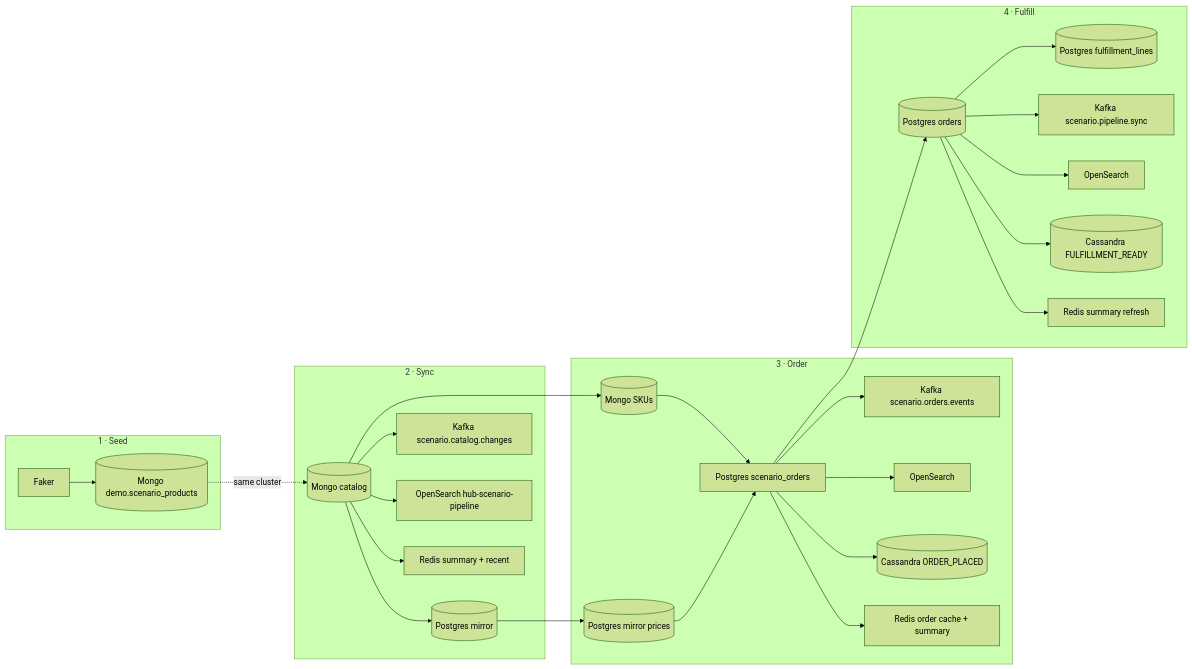
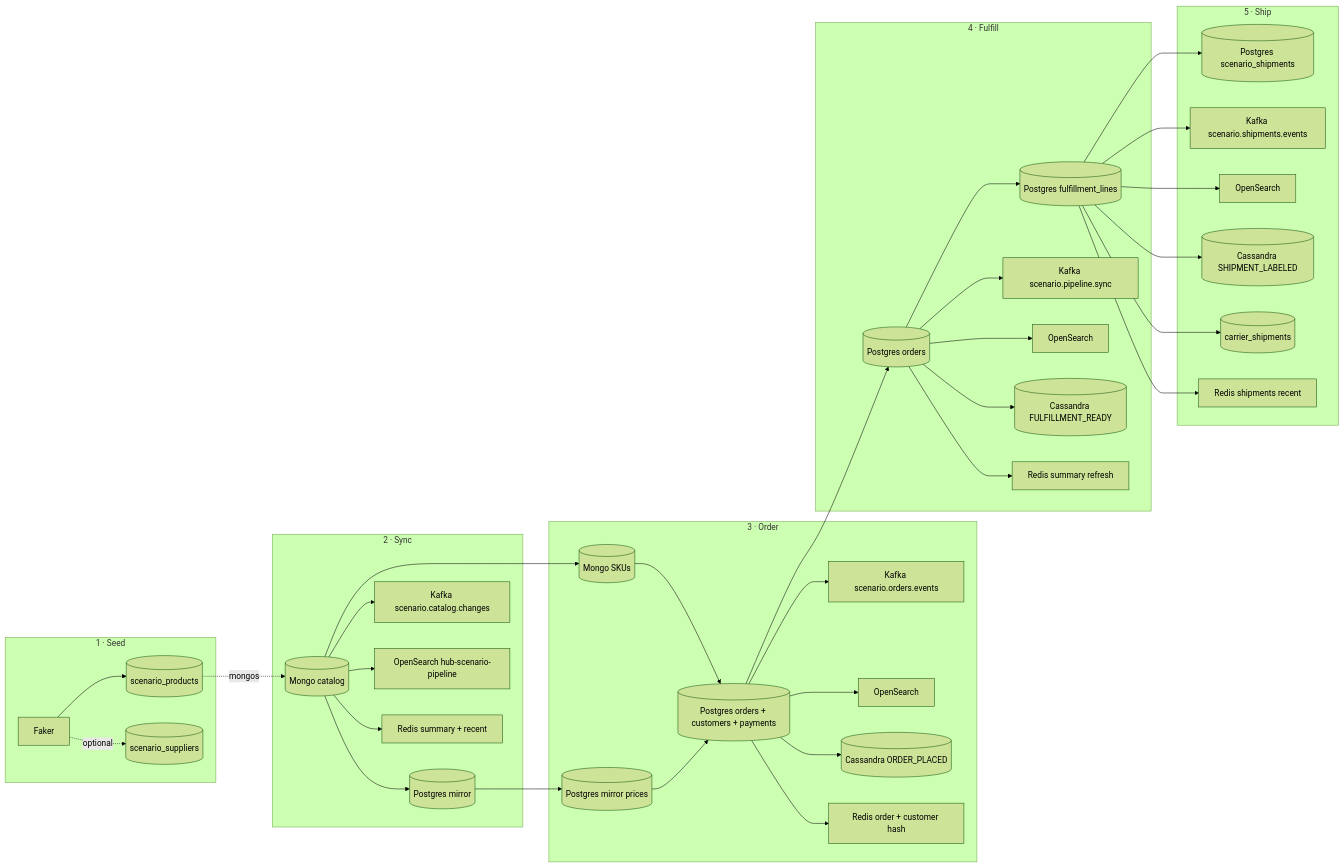
One commit to daksh17/cassandra_testing changed the first of 2 diagrams in mcac-demo-hub/dashboards/demo/deploy/docker/realtime-orders-search-hub/README-SCENARIO-FLOW.md. Above: the diagram before and after it, drawn with Mermaid (forest theme). The commit also changed other lines of this file and 12 other files, not shown here.

First line of the commit message:
demo-hub: expand multi-DB scenario (customers, payments, shipments, docs)

````diff
--- a/mcac-demo-hub/dashboards/demo/deploy/docker/realtime-orders-search-hub/README-SCENARIO-FLOW.md
+++ b/mcac-demo-hub/dashboards/demo/deploy/docker/realtime-orders-search-hub/README-SCENARIO-FLOW.md
@@ -116,35 +127,45 @@
 ```mermaid
 flowchart LR
   subgraph s1 [1 · Seed]
-    F[ Faker ] --> M[( Mongo demo.scenario_products )]
+    F[Faker] --> M[(scenario_products)]
+    F -. optional .-> SUP[(scenario_suppliers)]
   end
 
   subgraph s2 [2 · Sync]
-    M2[( Mongo catalog )] --> PG1[( Postgres mirror )]
-    M2 --> K1[ Kafka scenario.catalog.changes ]
-    M2 --> OS1[ OpenSearch hub-scenario-pipeline ]
-    M2 --> R1[ Redis summary + recent ]
+    M2[(Mongo catalog)] --> PG1[(Postgres mirror)]
+    M2 --> K1[Kafka scenario.catalog.changes]
+    M2 --> OS1[OpenSearch hub-scenario-pipeline]
+    M2 --> R1[Redis summary + recent]
   end
 
   subgraph s3 [3 · Order]
-    M3[( Mongo SKUs )] --> PGO[ Postgres scenario_orders ]
-    PGm[( Postgres mirror prices )] --> PGO
-    PGO --> K2[ Kafka scenario.orders.events ]
-    PGO --> OS2[ OpenSearch ]
-    PGO --> CA1[( Cassandra ORDER_PLACED )]
-    PGO --> R2[ Redis order cache + summary ]
+    M3[(Mongo SKUs)] --> PGO[(Postgres orders + customers + payments)]
+    PGm[(Postgres mirror prices)] --> PGO
+    PGO --> K2[Kafka scenario.orders.events]
+    PGO --> OS2[OpenSearch]
+    PGO --> CA1[(Cassandra ORDER_PLACED)]
+    PGO --> R2[Redis order + customer hash]
   end
 
   subgraph s4 [4 · Fulfill]
-    PGF[( Postgres orders )] --> PGL[( Postgres fulfillment_lines )]
-    PGF --> K3[ Kafka scenario.pipeline.sync ]
-    PGF --> OS3[ OpenSearch ]
-    PGF --> CA2[( Cassandra FULFILLMENT_READY )]
-    PGF --> R3[ Redis summary refresh ]
+    PGF[(Postgres orders)] --> PGL[(Postgres fulfillment_lines)]
+    PGF --> K3[Kafka scenario.pipeline.sync]
+    PGF --> OS3[OpenSearch]
+    PGF --> CA2[(Cassandra FULFILLMENT_READY)]
+    PGF --> R3[Redis summary refresh]
   end
 
-  M -.->|same cluster| M2
+  subgraph s5 [5 · Ship]
+    PGL --> SH[(Postgres scenario_shipments)]
+    PGL --> K4[Kafka scenario.shipments.events]
+    PGL --> OS4[OpenSearch]
+    PGL --> CA3[(Cassandra SHIPMENT_LABELED)]
+    PGL --> CS[(carrier_shipments)]
+    PGL --> R4[Redis shipments recent]
+  end
+
+  M -.->|mongos| M2
   M2 --> M3
   PG1 --> PGm
   PGO --> PGF
 ```
````
